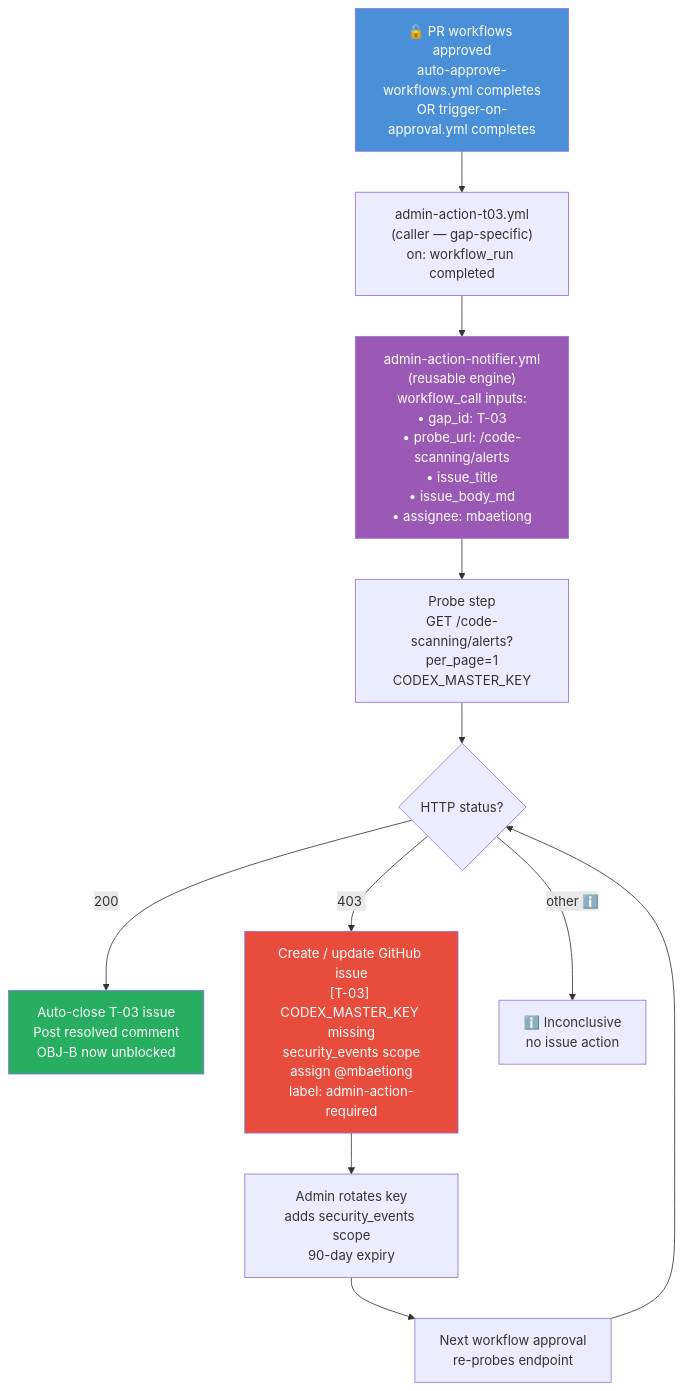
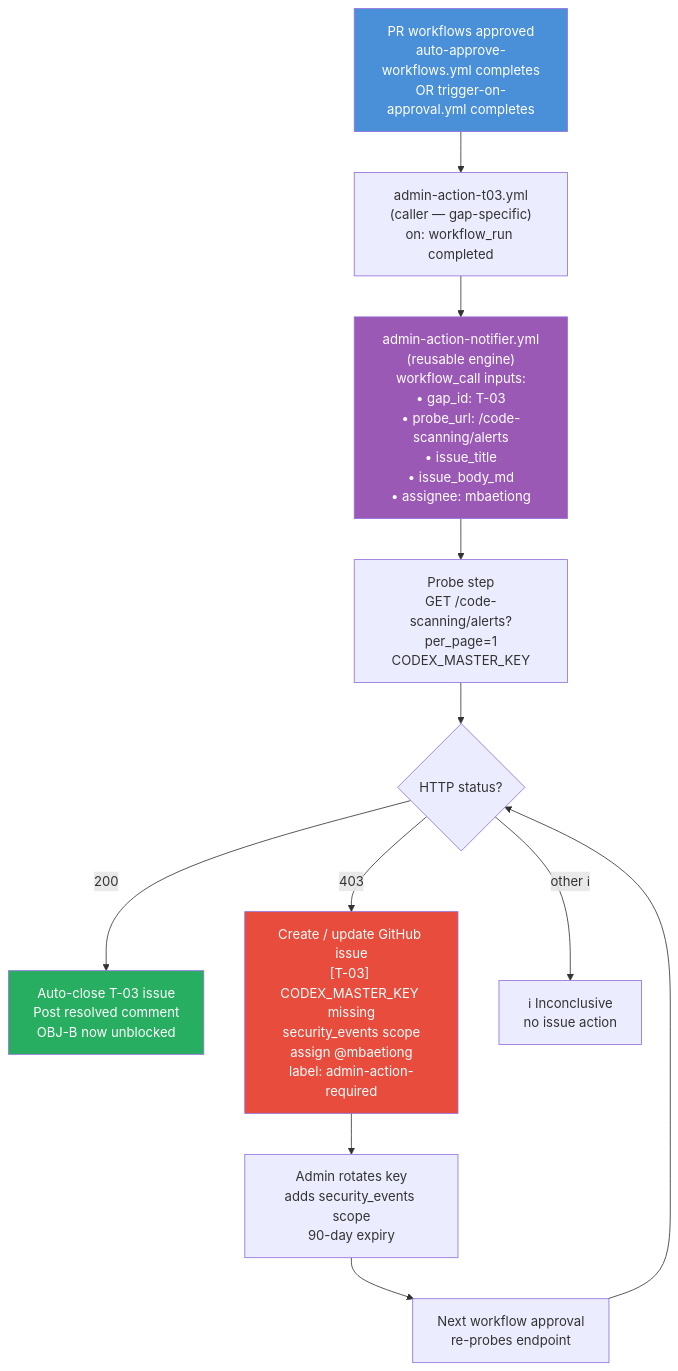
The seventh of 26 diagrams in docs/sessions/PR4346_session_diagram.md (Aries-Serpent/_codex_), drawn with Mermaid before and after one commit. The commit also changed other lines of this file and 4117 other files, not shown here.

````diff
--- a/docs/sessions/PR4346_session_diagram.md
+++ b/docs/sessions/PR4346_session_diagram.md
@@ -193,30 +208,35 @@
 ```mermaid
-%%{init: {'accessibility': {'title': 'Flowchart showing "🔓 PR workflows approved\nauto-approve-workflows.yml completes\nOR trigger-on-approval.yml completes", "admin-action-t03.yml\n(caller — gap-specific)\non: workflow_run completed"'}}%%
+%%{init: {'accessibility': {'title': 'Flowchart showing " PR workflows approved\nauto-approve-workflows.yml completes\nOR trigger-on-approval.yml completes", "admin-action-t03.yml\n(caller — gap-specific)\non: workflow_run completed"'}}%%
+
 flowchart TD
-    APPROVE["🔓 PR workflows approved\nauto-approve-workflows.yml completes\nOR trigger-on-approval.yml completes"] --> T03
 
-    T03["admin-action-t03.yml\n(caller — gap-specific)\non: workflow_run completed"] --> ENGINE
+ APPROVE[" PR workflows approved\nauto-approve-workflows.yml completes\nOR trigger-on-approval.yml completes"] --> T03
 
-    ENGINE["admin-action-notifier.yml\n(reusable engine)\nworkflow_call inputs:\n• gap_id: T-03\n• probe_url: /code-scanning/alerts\n• issue_title\n• issue_body_md\n• assignee: mbaetiong"] --> PROBE
+ T03["admin-action-t03.yml\n(caller — gap-specific)\non: workflow_run completed"] --> ENGINE
 
-    PROBE["Probe step\nGET /code-scanning/alerts?per_page=1\nCODEX_MASTER_KEY"] --> CHECK
+ ENGINE["admin-action-notifier.yml\n(reusable engine)\nworkflow_call inputs:\n• gap_id: T-03\n• probe_url: /code-scanning/alerts\n• issue_title\n• issue_body_md\n• assignee: mbaetiong"] --> PROBE
 
-    CHECK{HTTP status?}
-    CHECK -- "200 " --> CLOSE
-    CHECK -- "403 ️" --> ISSUE
-    CHECK -- "other ℹ️" --> SKIP
+ PROBE["Probe step\nGET /code-scanning/alerts?per_page=1\nCODEX_MASTER_KEY"] --> CHECK
 
-    ISSUE["Create / update GitHub issue\n[T-03] CODEX_MASTER_KEY missing\nsecurity_events scope\nassign @mbaetiong\nlabel: admin-action-required"] --> WAIT
+ CHECK{HTTP status?}
 
-    WAIT[" Admin rotates key\nadds security_events scope\n90-day expiry"] --> NEXT_RUN
+ CHECK -- "200 " --> CLOSE
 
-    NEXT_RUN["Next workflow approval\nre-probes endpoint"] --> CHECK
+ CHECK -- "403 " --> ISSUE
 
-    CLOSE["Auto-close T-03 issue\nPost resolved comment\nOBJ-B now unblocked"]
-    SKIP["ℹ️ Inconclusive\nno issue action"]
+ CHECK -- "other ℹ" --> SKIP
 
-    style APPROVE fill:#4a90d9,color:#fff
-    style CLOSE fill:#27ae60,color:#fff
-    style ISSUE fill:#e74c3c,color:#fff
-    style ENGINE fill:#9b59b6,color:#fff
+ ISSUE["Create / update GitHub issue\n[T-03] CODEX_MASTER_KEY missing\nsecurity_events scope\nassign @mbaetiong\nlabel: admin-action-required"] --> WAIT
+
+ WAIT[" Admin rotates key\nadds security_events scope\n90-day expiry"] --> NEXT_RUN
+
+ NEXT_RUN["Next workflow approval\nre-probes endpoint"] --> CHECK
+
+ CLOSE["Auto-close T-03 issue\nPost resolved comment\nOBJ-B now unblocked"]
+ SKIP["ℹ Inconclusive\nno issue action"]
+
+ style APPROVE fill:#4a90d9,color:#fff
+ style CLOSE fill:#27ae60,color:#fff
+ style ISSUE fill:#e74c3c,color:#fff
+ style ENGINE fill:#9b59b6,color:#fff
 ```
````
